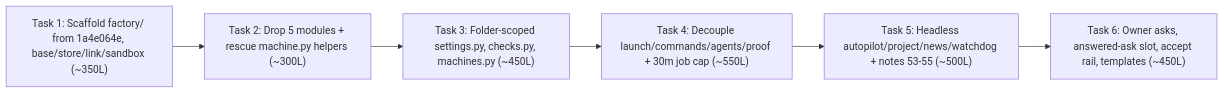
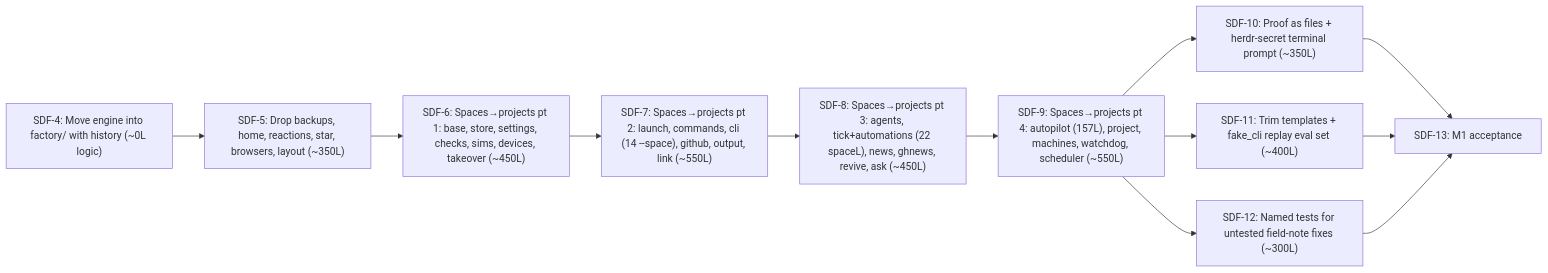
The diagram in docs/dev/factory/engine-audit.md (kccarlos/herdr-sheepdog), drawn with Mermaid before and after one commit. The commit also changed other lines of this file, not shown here.

Commit message:
docs(factory): map section 6 to SDF-4..13, add tool-by-tool test counts, and remove upstream handle

````diff
--- a/docs/dev/factory/engine-audit.md
+++ b/docs/dev/factory/engine-audit.md
@@ -320,8 +335,14 @@
 ```mermaid
 flowchart LR
-  T1["Task 1: Scaffold factory/ from 1a4e064e, base/store/link/sandbox (~350L)"] --> T2["Task 2: Drop 5 modules + rescue machine.py helpers (~300L)"]
-  T2 --> T3["Task 3: Folder-scoped settings.py, checks.py, machines.py (~450L)"]
-  T3 --> T4["Task 4: Decouple launch/commands/agents/proof + 30m job cap (~550L)"]
-  T4 --> T5["Task 5: Headless autopilot/project/news/watchdog + notes 53-55 (~500L)"]
-  T5 --> T6["Task 6: Owner asks, answered-ask slot, accept rail, templates (~450L)"]
+  SDF4["SDF-4: Move engine into factory/ with history (~0L logic)"] --> SDF5["SDF-5: Drop backups, home, reactions, star, browsers, layout (~350L)"]
+  SDF5 --> SDF6["SDF-6: Spaces→projects pt 1: base, store, settings, checks, sims, devices, takeover (~450L)"]
+  SDF6 --> SDF7["SDF-7: Spaces→projects pt 2: launch, commands, cli (14 --space), github, output, link (~550L)"]
+  SDF7 --> SDF8["SDF-8: Spaces→projects pt 3: agents, tick+automations (22 spaceL), news, ghnews, revive, ask (~450L)"]
+  SDF8 --> SDF9["SDF-9: Spaces→projects pt 4: autopilot (157L), project, machines, watchdog, scheduler (~550L)"]
+  SDF9 --> SDF10["SDF-10: Proof as files + herdr-secret terminal prompt (~350L)"]
+  SDF9 --> SDF11["SDF-11: Trim templates + fake_cli replay eval set (~400L)"]
+  SDF9 --> SDF12["SDF-12: Named tests for untested field-note fixes (~300L)"]
+  SDF10 --> SDF13["SDF-13: M1 acceptance"]
+  SDF11 --> SDF13
+  SDF12 --> SDF13
 ```
````
